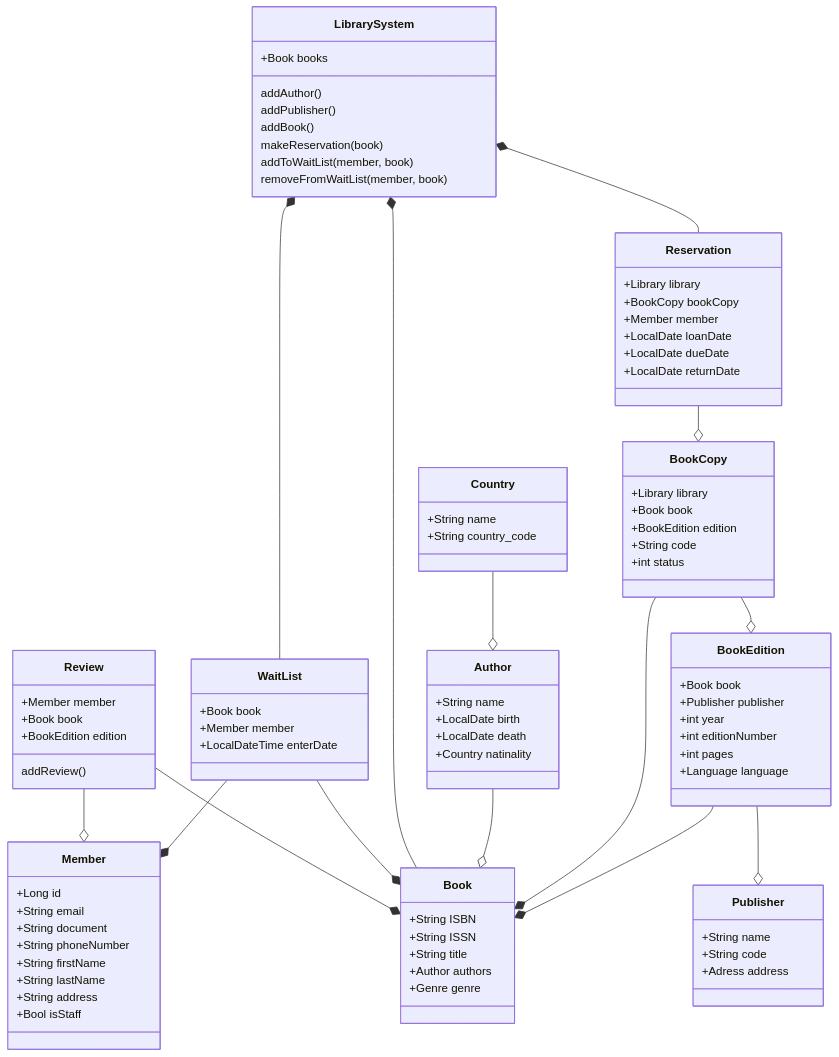
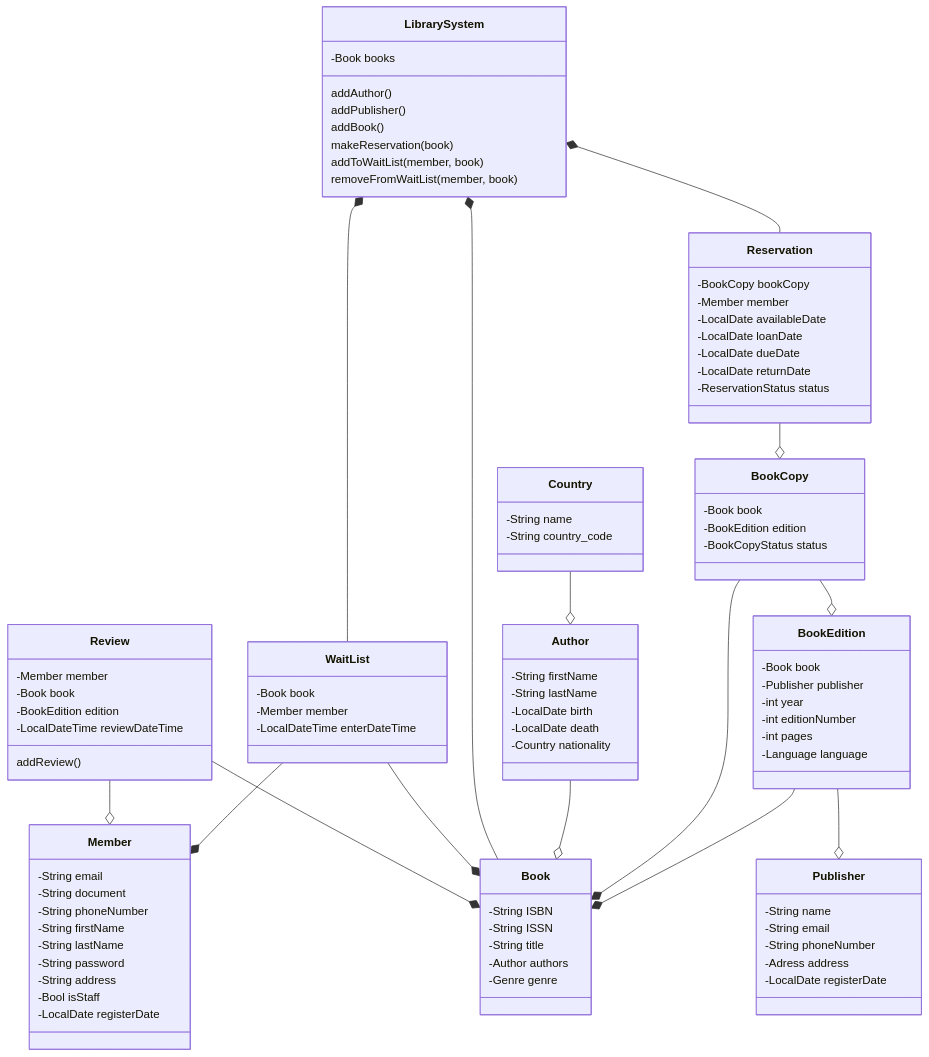
Before and after one commit to sgkhusal/ximple-library: the diagram in documentation/models/simple_library.md, drawn with Mermaid. The commit also changed 1 other file, not shown here.

Commit message:
chore: update class diagrams

```diff
--- a/documentation/models/simple_library.md
+++ b/documentation/models/simple_library.md
@@ -23,56 +23,58 @@
 
 
 class Country {
-    +String name
-    +String country_code
+    -String name
+    -String country_code
 }
 class Author {
-    +String name
-    +LocalDate birth
-    +LocalDate death
-    +Country natinality
+    -String firstName
+    -String lastName
+    -LocalDate birth
+    -LocalDate death
+    -Country nationality
 }
 class Publisher {
-    +String name
-    +String code
-    +Adress address
+    -String name
+    -String email
+    -String phoneNumber
+    -Adress address
+    -LocalDate registerDate
 }
 class BookCopy {
-    +Library library
-    +Book book
-    +BookEdition edition
-    +String code
-    +int status
+    -Book book
+    -BookEdition edition
+    -BookCopyStatus status
 }
 class BookEdition {
-    +Book book
-    +Publisher publisher
-    +int year
-    +int editionNumber
-    +int pages
-    +Language language
+    -Book book
+    -Publisher publisher
+    -int year
+    -int editionNumber
+    -int pages
+    -Language language
 }
 class Book {
-    +String ISBN
-    +String ISSN
-    +String title
-    +Author authors
-    +Genre genre
+    -String ISBN
+    -String ISSN
+    -String title
+    -Author authors
+    -Genre genre
 }
 
 class Member {
-    +Long id
-    +String email
-    +String document
-    +String phoneNumber
-    +String firstName
-    +String lastName
-    +String address
-    +Bool isStaff
+    -String email
+    -String document
+    -String phoneNumber
+    -String firstName
+    -String lastName
+    -String password
+    -String address
+    -Bool isStaff
+    -LocalDate registerDate
 }
 
 class LibrarySystem {
-    +Book books
+    -Book books
     addAuthor()
     addPublisher()
     addBook()
@@ -81,23 +83,25 @@
     removeFromWaitList(member, book)
 }
 class Reservation {
-    +Library library
-    +BookCopy bookCopy
-    +Member member
-    +LocalDate loanDate
-    +LocalDate dueDate
-    +LocalDate returnDate
+    -BookCopy bookCopy
+    -Member member
+    -LocalDate availableDate
+    -LocalDate loanDate
+    -LocalDate dueDate
+    -LocalDate returnDate
+    -ReservationStatus status
 }
 class Review {
-    +Member member
-    +Book book
-    +BookEdition edition
+    -Member member
+    -Book book
+    -BookEdition edition
+    -LocalDateTime reviewDateTime
     addReview()
 }
 class WaitList {
-    +Book book
-    +Member member
-    +LocalDateTime enterDate
+    -Book book
+    -Member member
+    -LocalDateTime enterDateTime
 }
 
 
```
